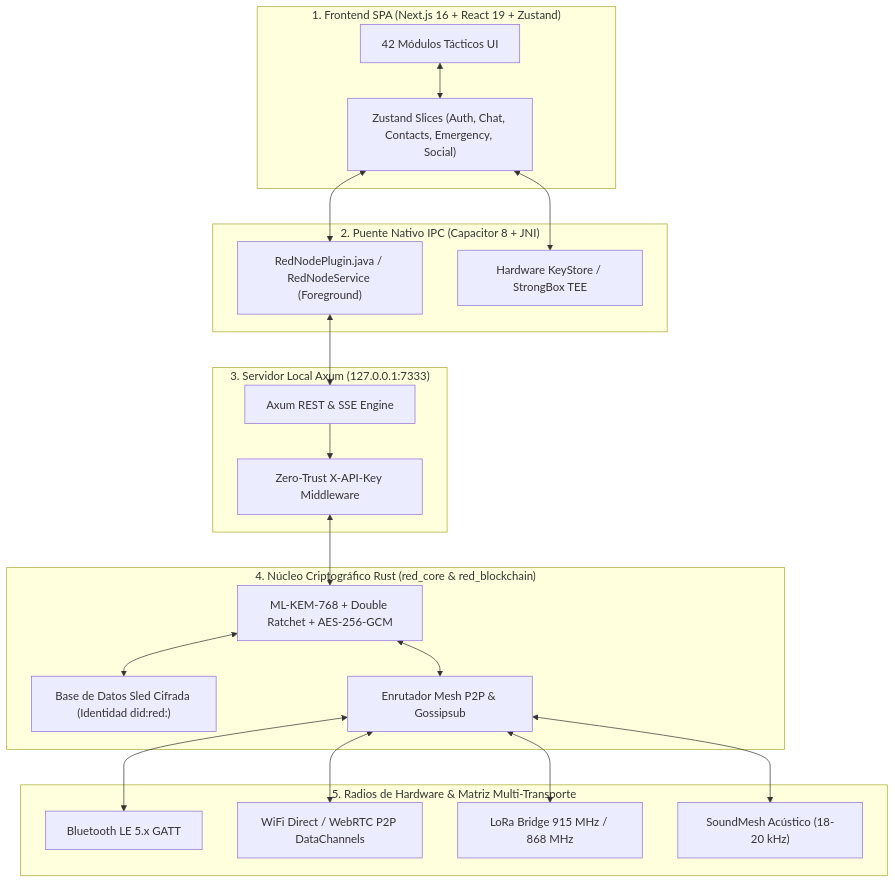
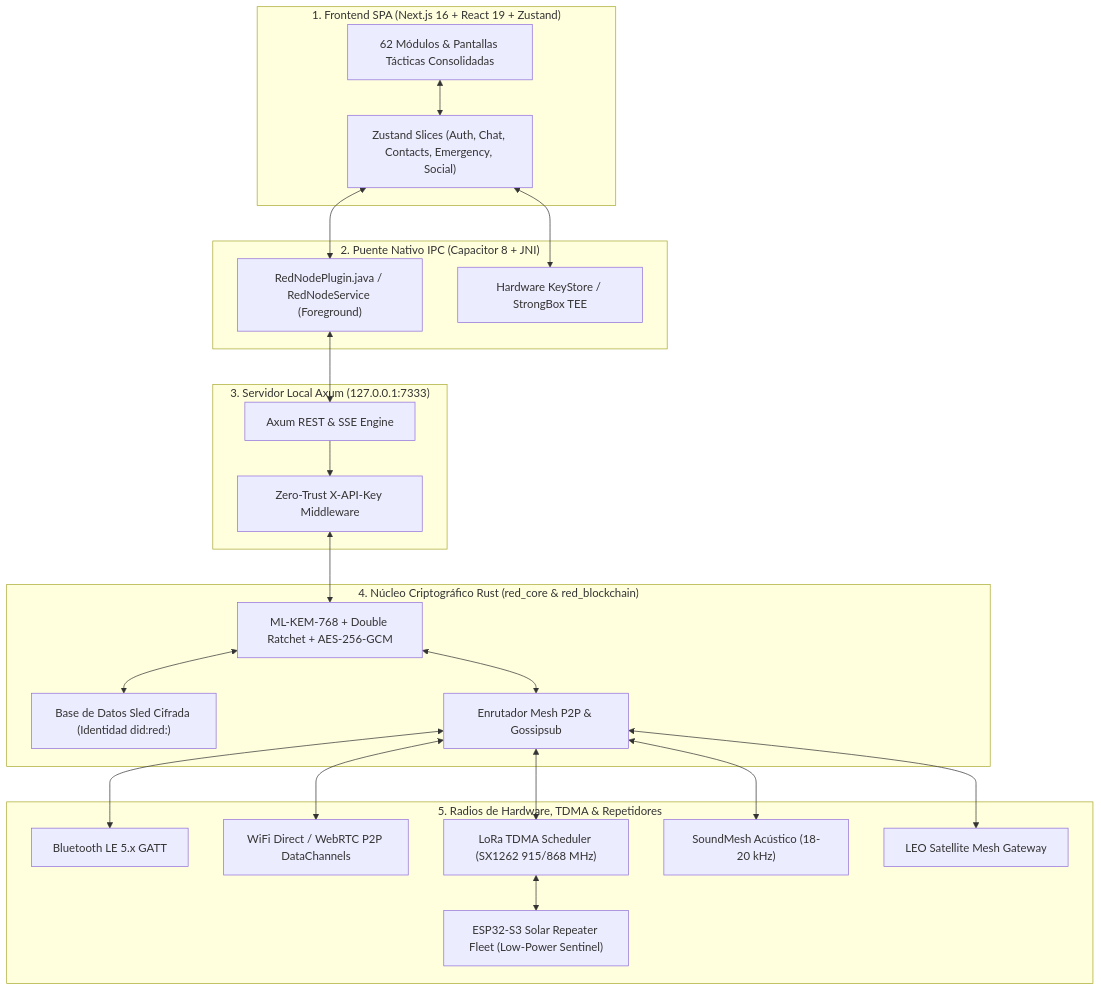
One commit to DarckRovert/RED changed the diagram in README.md. Above: the diagram before and after it, drawn with Mermaid. The commit also changed other lines of this file and 76 other files, not shown here.

Commit message:
chore(release): v99.0.0 Geohash Spatial DTN & TDMA Solar Repeater Edition

````diff
--- a/README.md
+++ b/README.md
@@ -70,42 +75,47 @@
 ```mermaid
 graph TD
     subgraph FRONTEND ["1. Frontend SPA (Next.js 16 + React 19 + Zustand)"]
-        UI["42 Módulos Tácticos UI"]
+        UI["62 Módulos & Pantallas Tácticas Consolidadas"]
         STORE["Zustand Slices (Auth, Chat, Contacts, Emergency, Social)"]
         UI <--> STORE
     end
 
     subgraph BRIDGES ["2. Puente Nativo IPC (Capacitor 8 + JNI)"]
         JNI["RedNodePlugin.java / RedNodeService (Foreground)"]
         KEYSTORE["Hardware KeyStore / StrongBox TEE"]
         STORE <--> JNI
         STORE <--> KEYSTORE
     end
 
     subgraph LOCAL_SERVER ["3. Servidor Local Axum (127.0.0.1:7333)"]
         AXUM["Axum REST & SSE Engine"]
         SEC_MW["Zero-Trust X-API-Key Middleware"]
         JNI <--> AXUM
         AXUM --> SEC_MW
     end
 
     subgraph RUST_CORE ["4. Núcleo Criptográfico Rust (red_core & red_blockchain)"]
         CORE_CRYPTO["ML-KEM-768 + Double Ratchet + AES-256-GCM"]
         CORE_STORAGE["Base de Datos Sled Cifrada (Identidad did:red:)"]
         CORE_MESH["Enrutador Mesh P2P & Gossipsub"]
         SEC_MW <--> CORE_CRYPTO
         CORE_CRYPTO <--> CORE_STORAGE
         CORE_CRYPTO <--> CORE_MESH
     end
 
-    subgraph HARDWARE_RADIOS ["5. Radios de Hardware & Matriz Multi-Transporte"]
+    subgraph HARDWARE_RADIOS ["5. Radios de Hardware, TDMA & Repetidores"]
         BLE["Bluetooth LE 5.x GATT"]
         WIFI["WiFi Direct / WebRTC P2P DataChannels"]
-        LORA["LoRa Bridge 915 MHz / 868 MHz"]
+        TDMA_LORA["LoRa TDMA Scheduler (SX1262 915/868 MHz)"]
+        SOLAR_FLEET["ESP32-S3 Solar Repeater Fleet (Low-Power Sentinel)"]
         SOUND["SoundMesh Acústico (18-20 kHz)"]
+        SAT_GW["LEO Satellite Mesh Gateway"]
+        
         CORE_MESH <--> BLE
         CORE_MESH <--> WIFI
-        CORE_MESH <--> LORA
+        CORE_MESH <--> TDMA_LORA
+        TDMA_LORA <--> SOLAR_FLEET
         CORE_MESH <--> SOUND
+        CORE_MESH <--> SAT_GW
     end
 ```
````
